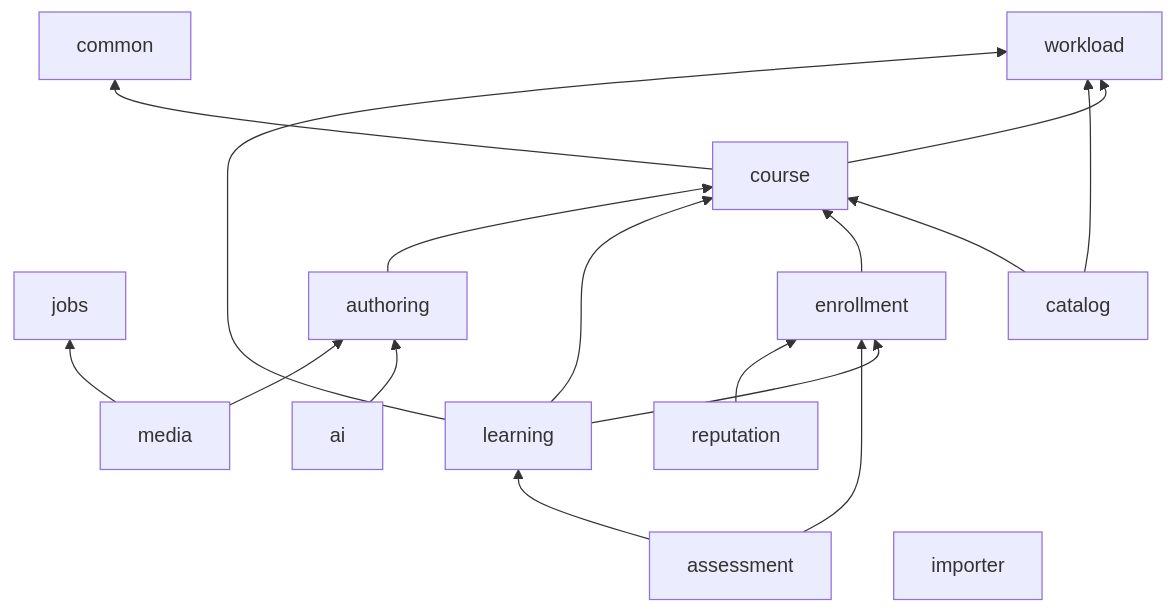
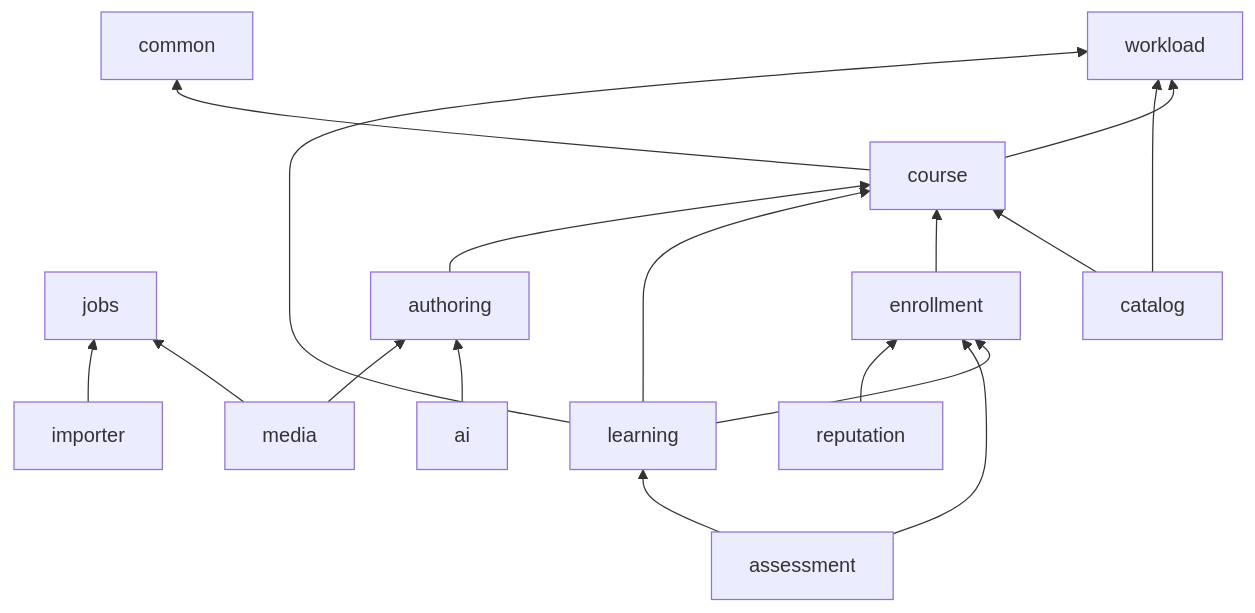
One commit to wasichai/elearning-backend changed the second of 3 diagrams in docs/architecture/overview.md. Above: the diagram before and after it, drawn with Mermaid. The commit also changed 16 other files, not shown here.

````diff
--- a/docs/architecture/overview.md
+++ b/docs/architecture/overview.md
@@ -113,23 +113,23 @@
 ```mermaid
 flowchart BT
     common
     workload
     jobs
     course --> common
     course --> workload
     catalog --> course
     catalog --> workload
     enrollment --> course
     learning --> enrollment
     learning --> course
     learning --> workload
     assessment --> learning
     assessment --> enrollment
     authoring --> course
     importer
     ai --> authoring
     media --> authoring
     media --> jobs
     reputation --> enrollment
-    importer
+    importer --> jobs
 ```
````
